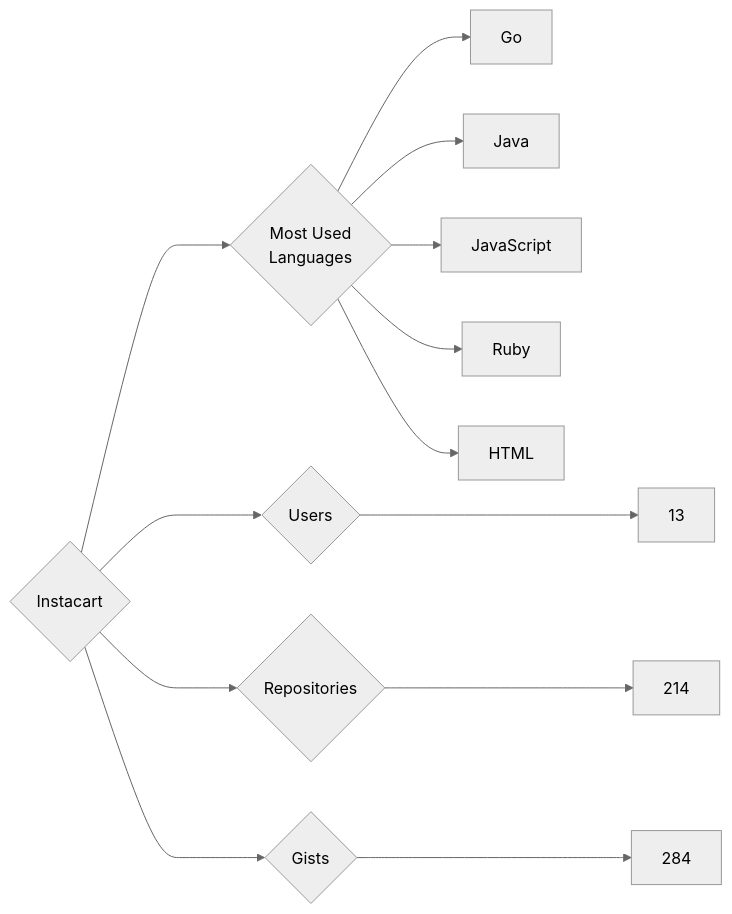
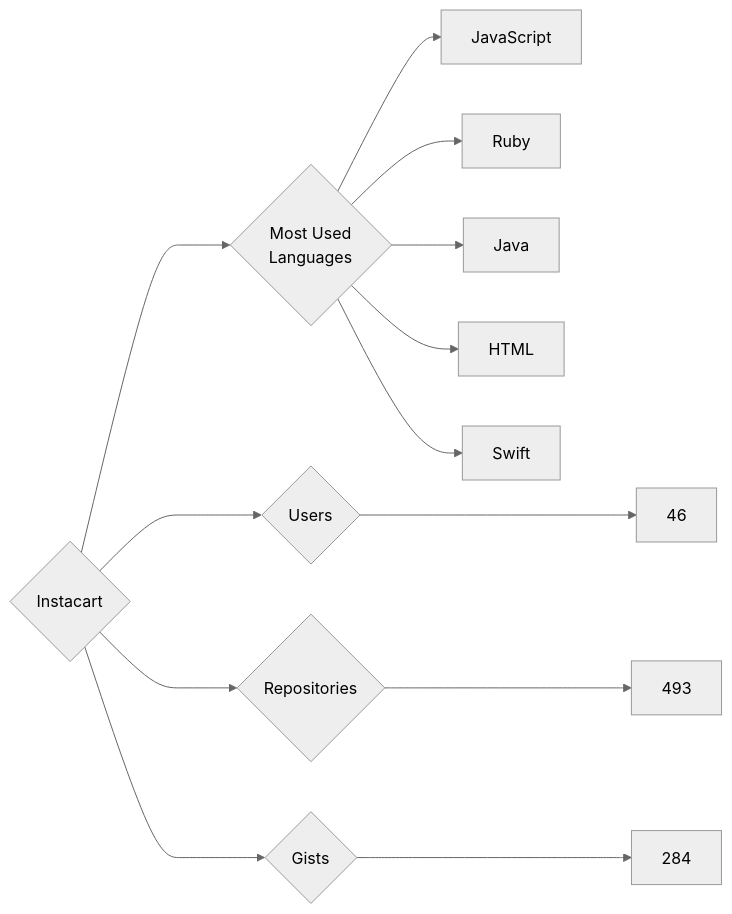
One commit to trickest/insiders changed the diagram in targets/Instacart/README.md. Above: the diagram before and after it, drawn with Mermaid (neutral theme). The commit also changed 714 other files, not shown here.

````diff
--- a/targets/Instacart/README.md
+++ b/targets/Instacart/README.md
@@ -3,13 +3,13 @@
 ```mermaid
 graph LR
 COMPANY_NAME{Instacart}
-COMPANY_NAME ---> U{Users} ---> UN[13]
-COMPANY_NAME ---> R{Repositories} ---> RN[214]
+COMPANY_NAME ---> U{Users} ---> UN[46]
+COMPANY_NAME ---> R{Repositories} ---> RN[493]
 COMPANY_NAME ---> G{Gists} ---> GN[284]
 COMPANY_NAME ---> ML{Most Used<br>Languages}
-ML --> Go[Go]
-ML --> Java[Java]
 ML --> JavaScript[JavaScript]
 ML --> Ruby[Ruby]
+ML --> Java[Java]
 ML --> HTML[HTML]
+ML --> Swift[Swift]
 ```
````
